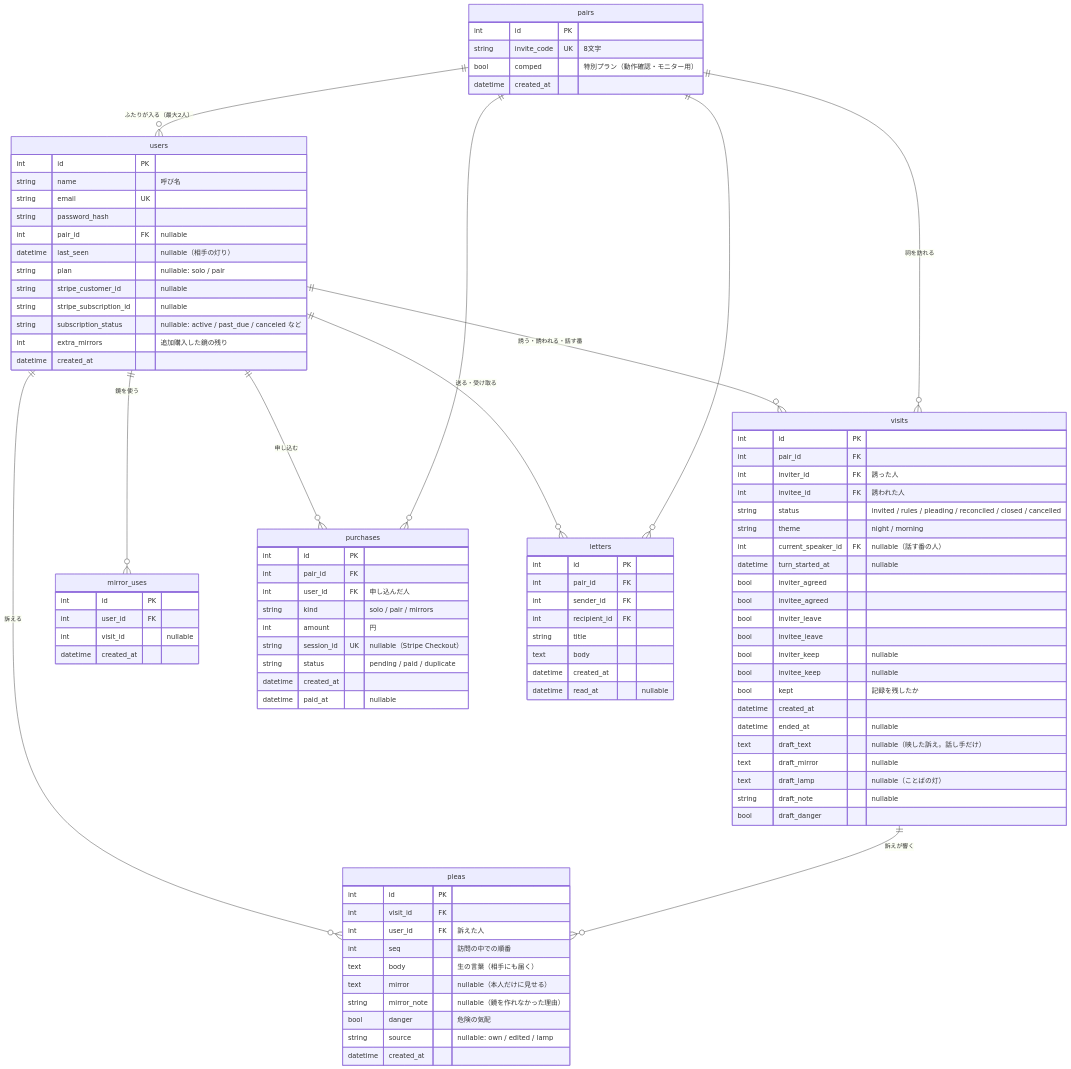
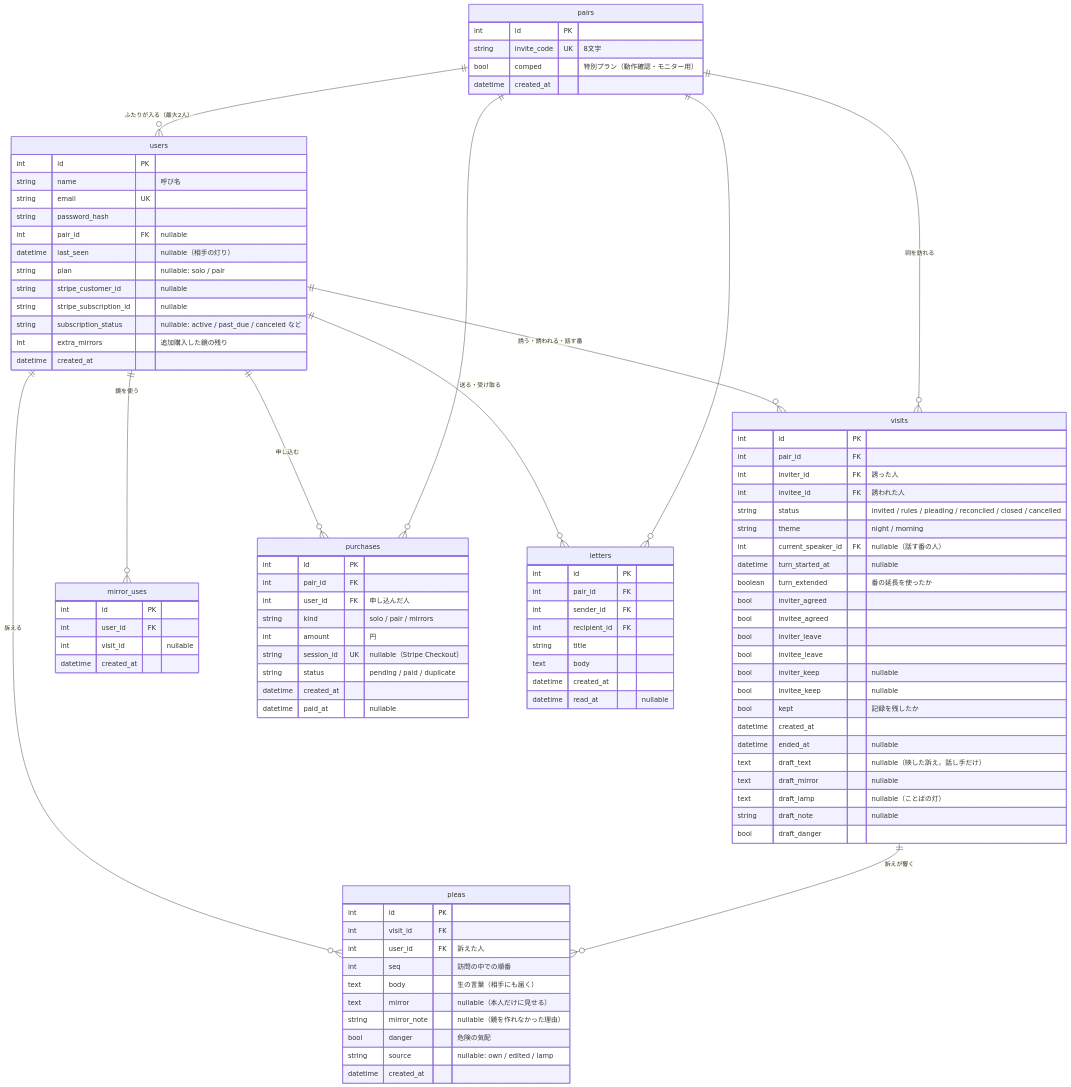
Before and after one commit to yuyu7707/sinden-app: the first of 2 diagrams in docs/design/database.md, drawn with Mermaid. The commit also changed other lines of this file and 12 other files, not shown here.

```diff
--- a/docs/design/database.md
+++ b/docs/design/database.md
@@ -52,6 +52,7 @@
         string theme "night / morning"
         int current_speaker_id FK "nullable（話す番の人）"
         datetime turn_started_at "nullable"
+        boolean turn_extended "番の延長を使ったか"
         bool inviter_agreed
         bool invitee_agreed
         bool inviter_leave
```
